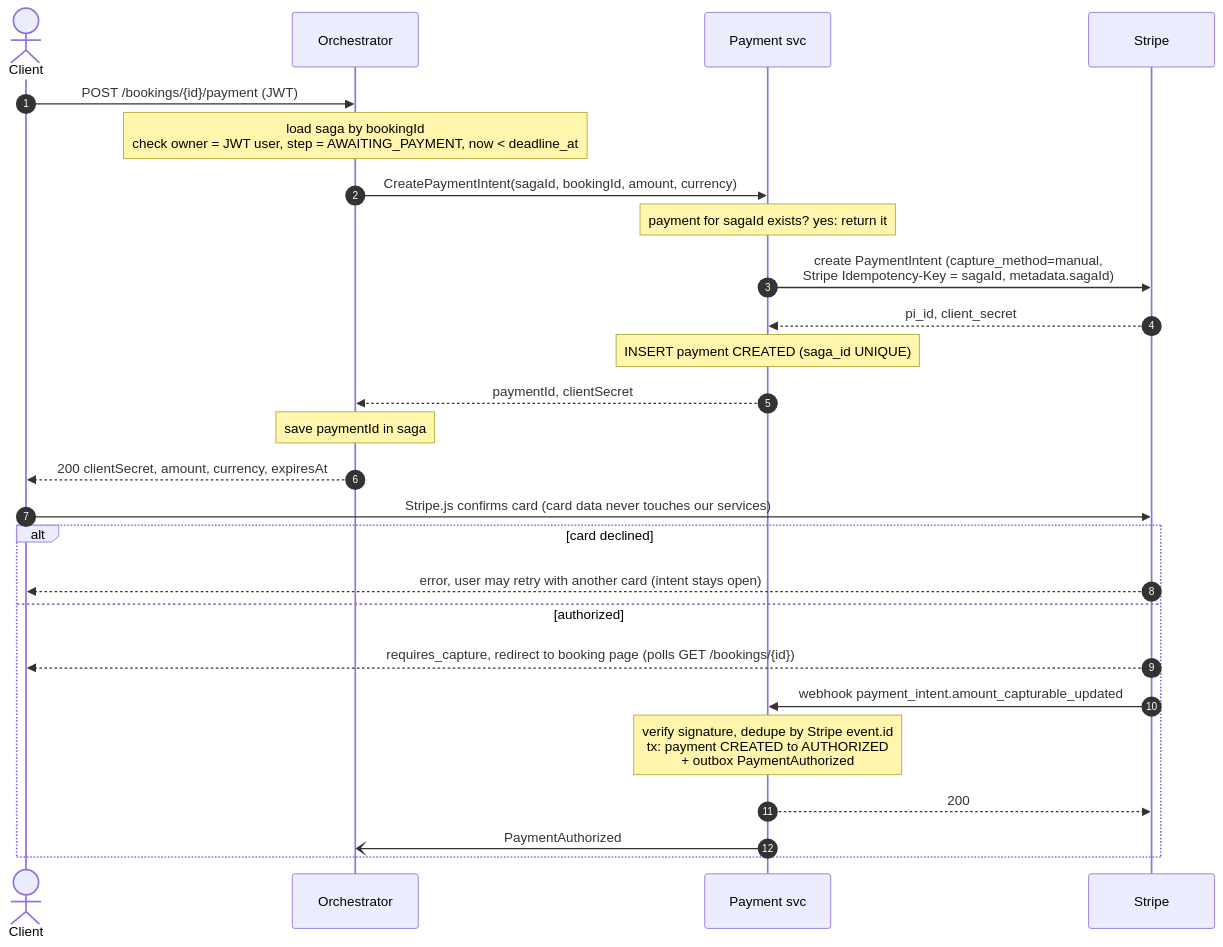
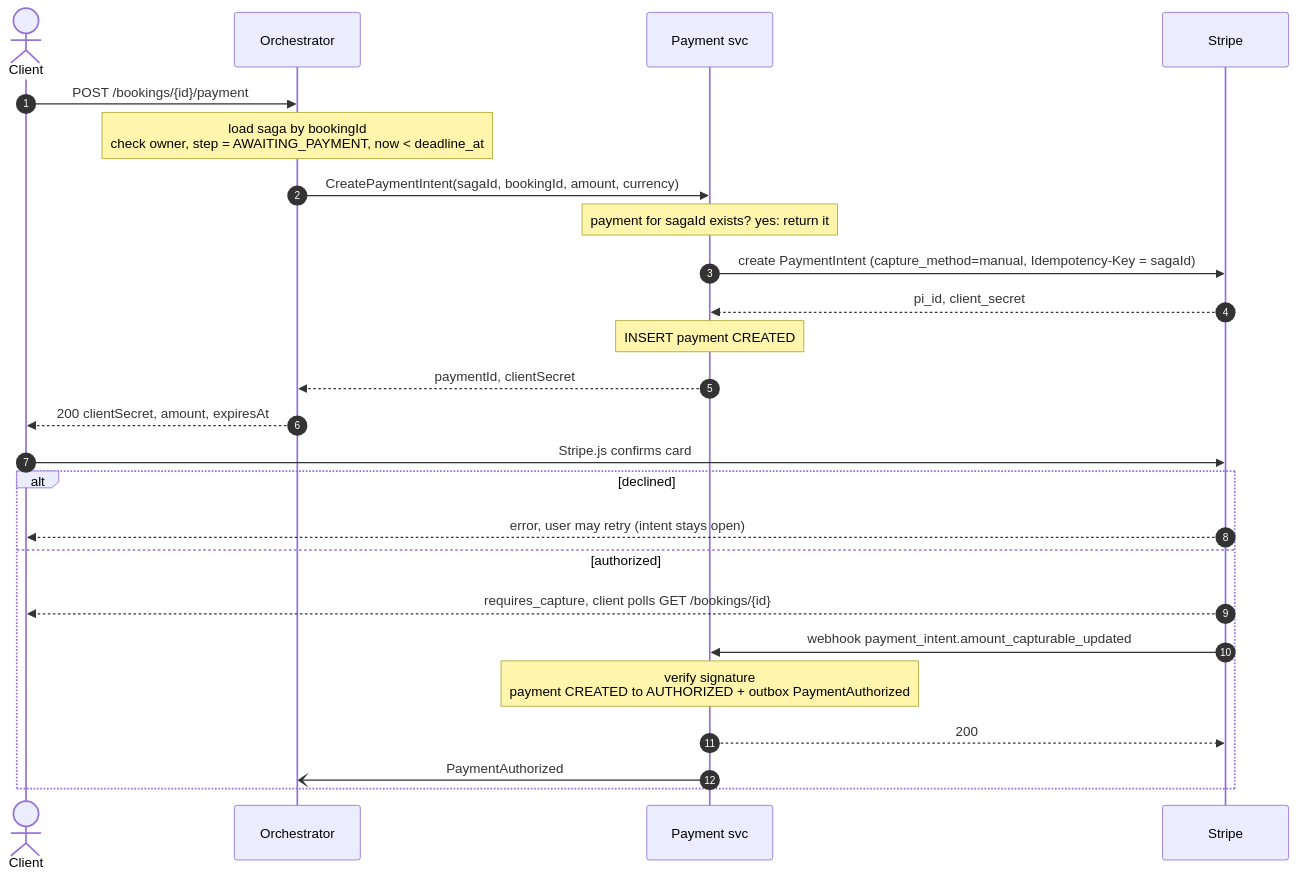
One commit to TranQuangPhong/hotel-booking-hexagon changed the second of 5 diagrams in doc/uc1-create-booking/flows.md. Above: the diagram before and after it, drawn with Mermaid. The commit also changed other lines of this file and 12 other files, not shown here.

````diff
--- a/doc/uc1-create-booking/flows.md
+++ b/doc/uc1-create-booking/flows.md
@@ -69,30 +46,29 @@
 ```mermaid
 sequenceDiagram
     autonumber
     actor C as Client
     participant O as Orchestrator
     participant P as Payment svc
     participant S as Stripe
 
-    C->>O: POST /bookings/{id}/payment (JWT)
-    Note over O: load saga by bookingId<br/>check owner = JWT user, step = AWAITING_PAYMENT, now < deadline_at
+    C->>O: POST /bookings/{id}/payment
+    Note over O: load saga by bookingId<br/>check owner, step = AWAITING_PAYMENT, now < deadline_at
     O->>P: CreatePaymentIntent(sagaId, bookingId, amount, currency)
     Note over P: payment for sagaId exists? yes: return it
-    P->>S: create PaymentIntent (capture_method=manual,<br/>Stripe Idempotency-Key = sagaId, metadata.sagaId)
+    P->>S: create PaymentIntent (capture_method=manual, Idempotency-Key = sagaId)
     S-->>P: pi_id, client_secret
-    Note over P: INSERT payment CREATED (saga_id UNIQUE)
+    Note over P: INSERT payment CREATED
     P-->>O: paymentId, clientSecret
-    Note over O: save paymentId in saga
-    O-->>C: 200 clientSecret, amount, currency, expiresAt
+    O-->>C: 200 clientSecret, amount, expiresAt
 
-    C->>S: Stripe.js confirms card (card data never touches our services)
-    alt card declined
-        S-->>C: error, user may retry with another card (intent stays open)
+    C->>S: Stripe.js confirms card
+    alt declined
+        S-->>C: error, user may retry (intent stays open)
     else authorized
-        S-->>C: requires_capture, redirect to booking page (polls GET /bookings/{id})
+        S-->>C: requires_capture, client polls GET /bookings/{id}
         S->>P: webhook payment_intent.amount_capturable_updated
-        Note over P: verify signature, dedupe by Stripe event.id<br/>tx: payment CREATED to AUTHORIZED<br/>+ outbox PaymentAuthorized
+        Note over P: verify signature<br/>payment CREATED to AUTHORIZED + outbox PaymentAuthorized
         P-->>S: 200
         P-)O: PaymentAuthorized
     end
 ```
````
